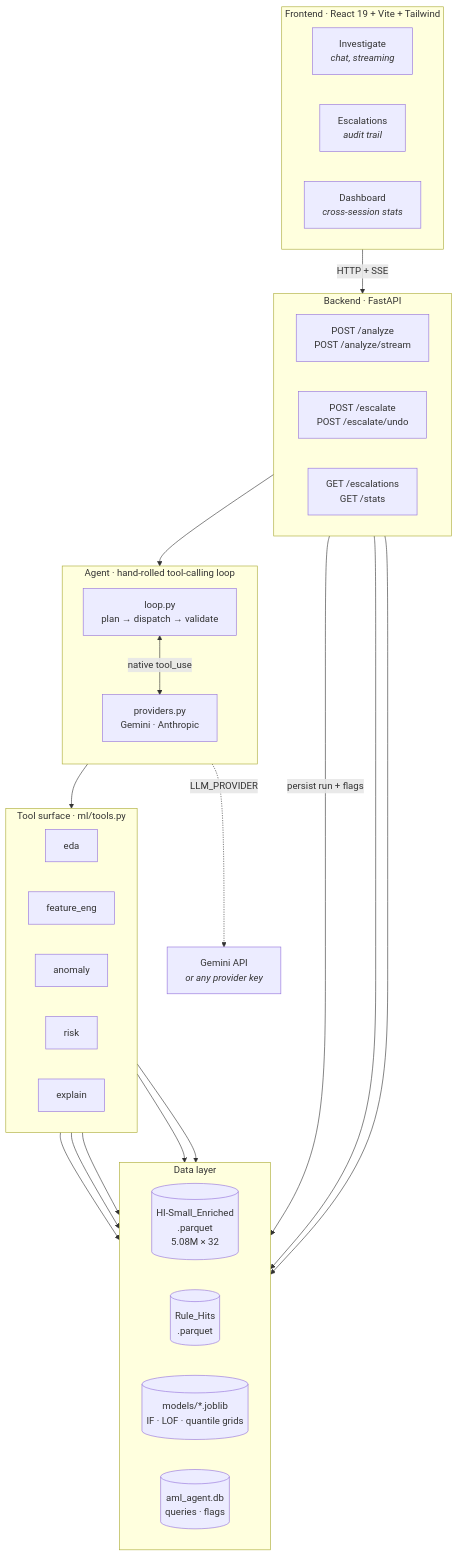
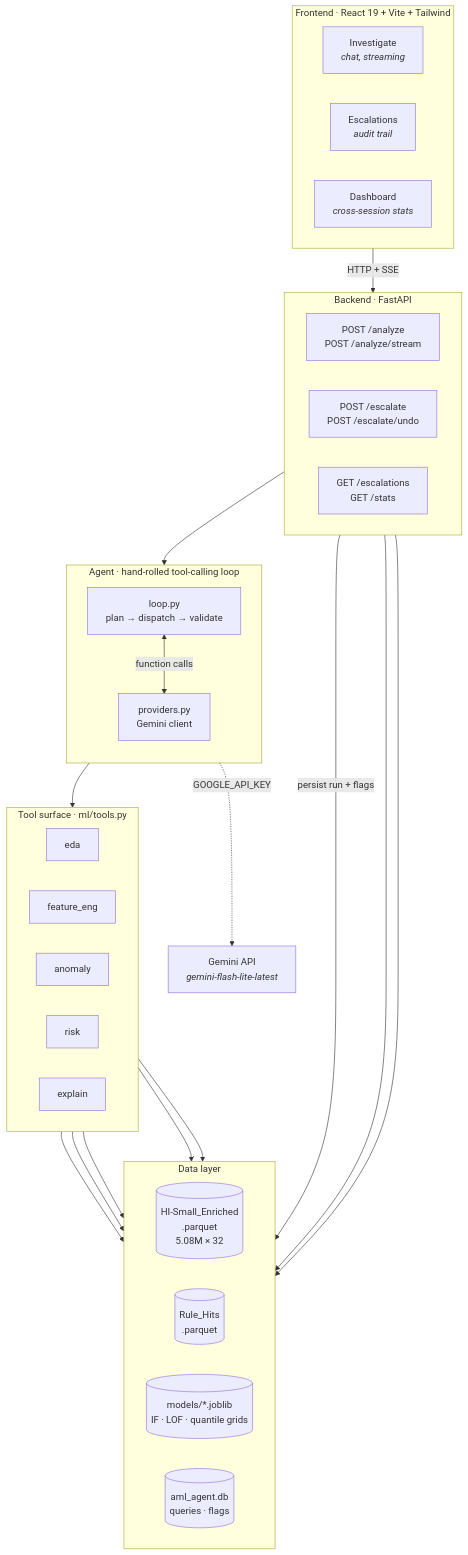
One commit to vishcrv/vigil changed the first of 6 diagrams in README.md. Above: the diagram before and after it, drawn with Mermaid. The commit also changed other lines of this file and 13 other files, not shown here.

Commit message:
refactor: single LLM provider, drop Anthropic and Groq paths

````diff
--- a/README.md
+++ b/README.md
@@ -142,51 +142,51 @@
 ```mermaid
 flowchart TB
     subgraph UI["Frontend · React 19 + Vite + Tailwind"]
         direction LR
         INV["Investigate<br/><i>chat, streaming</i>"]
         ESC["Escalations<br/><i>audit trail</i>"]
         DSH["Dashboard<br/><i>cross-session stats</i>"]
     end
 
     subgraph API["Backend · FastAPI"]
         direction LR
         RA["POST /analyze<br/>POST /analyze/stream"]
         RE["POST /escalate<br/>POST /escalate/undo"]
         RS["GET /escalations<br/>GET /stats"]
     end
 
     subgraph AG["Agent · hand-rolled tool-calling loop"]
         direction TB
         LOOP["loop.py<br/>plan → dispatch → validate"]
-        PROV["providers.py<br/>Gemini · Anthropic"]
-        LOOP <-->|"native tool_use"| PROV
+        PROV["providers.py<br/>Gemini client"]
+        LOOP <-->|"function calls"| PROV
     end
 
     subgraph TL["Tool surface · ml/tools.py"]
         direction LR
         T1["eda"]
         T2["feature_eng"]
         T3["anomaly"]
         T4["risk"]
         T5["explain"]
     end
 
     subgraph DL["Data layer"]
         direction LR
         PQ[("HI-Small_Enriched<br/>.parquet<br/>5.08M × 32")]
         RH[("Rule_Hits<br/>.parquet")]
         MJ[("models/*.joblib<br/>IF · LOF · quantile grids")]
         SQ[("aml_agent.db<br/>queries · flags")]
     end
 
     UI -->|"HTTP + SSE"| API
     RA --> LOOP
-    PROV -.->|"LLM_PROVIDER"| EXT["Gemini API<br/><i>or any provider key</i>"]
+    PROV -.->|"GOOGLE_API_KEY"| EXT["Gemini API<br/><i>gemini-flash-lite-latest</i>"]
     LOOP --> TL
     T1 & T2 & T3 --> PQ
     T3 --> RH
     T3 --> MJ
     RA -->|"persist run + flags"| SQ
     RE --> SQ
     RS --> SQ
 ```
````
